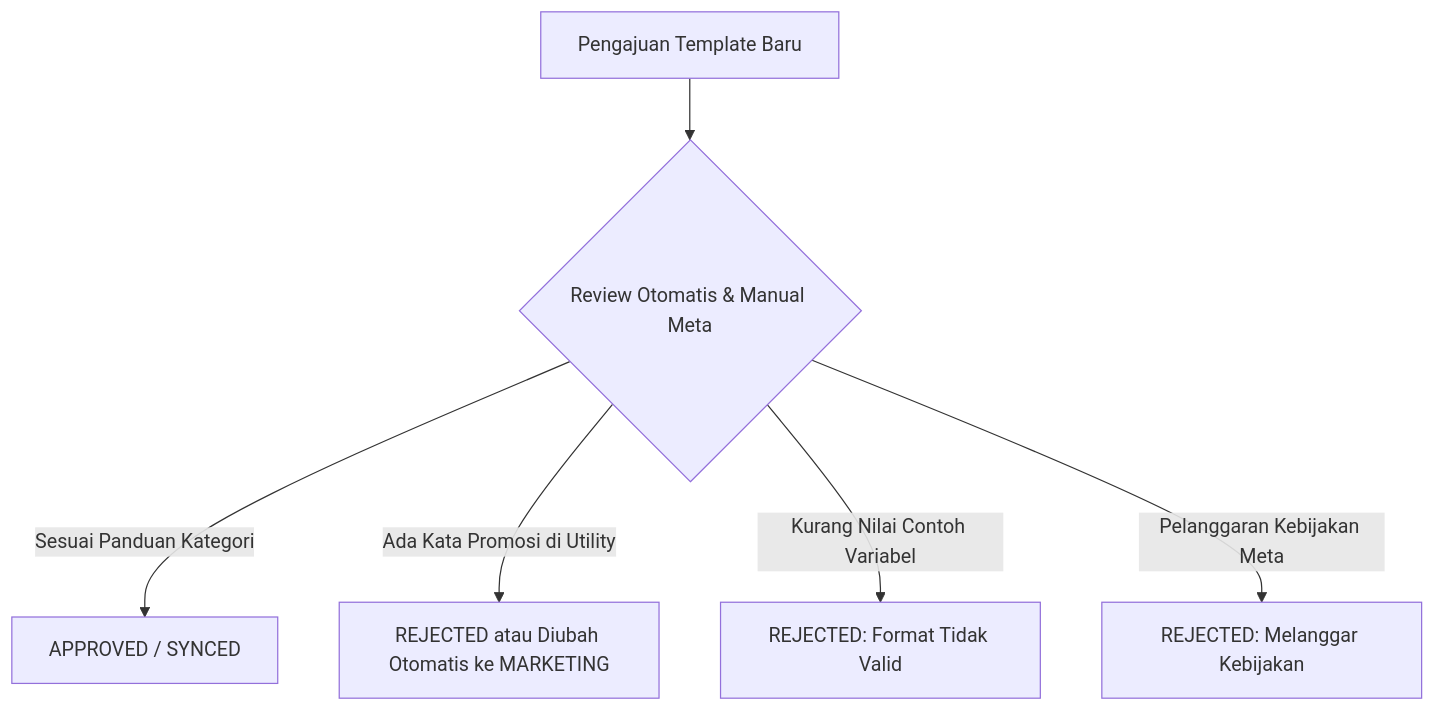
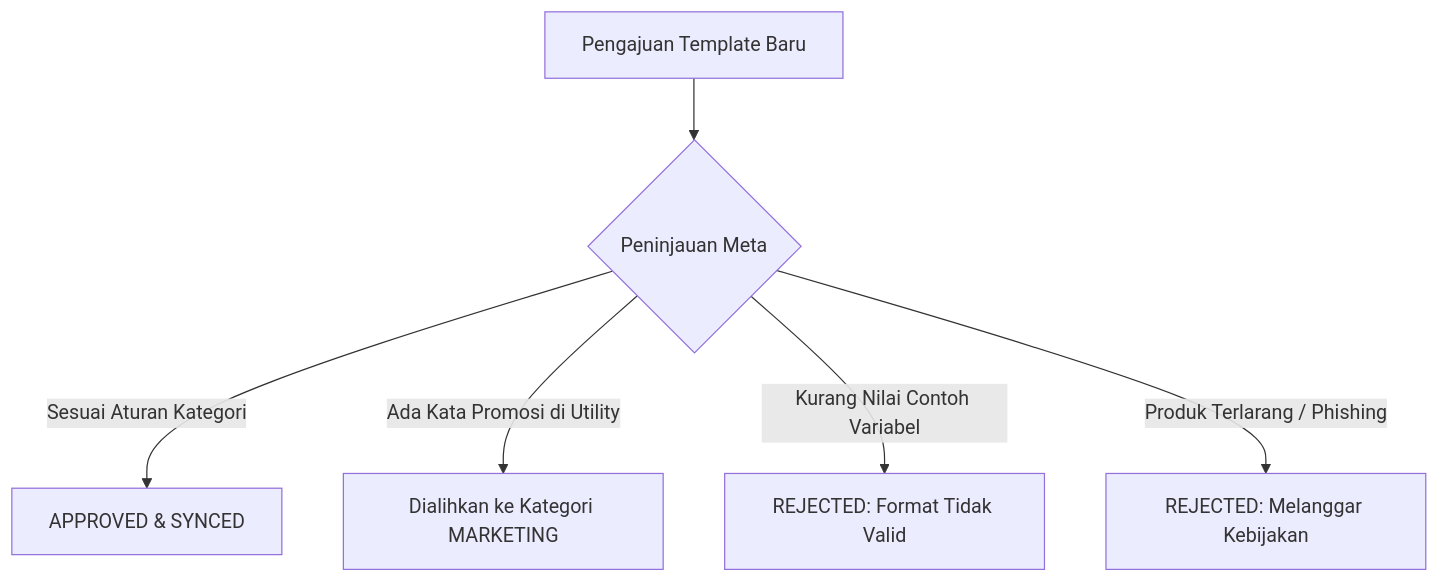
The diagram in content/knowledge-base/whatsapp/templates.id.md (JuniYadi/projects-green), drawn with Mermaid before and after one commit. The commit also changed other lines of this file and 14 other files, not shown here.

Commit message:
docs(whatsapp): simplify templates guide flow and streamline sidebar titles

````diff
--- a/content/knowledge-base/whatsapp/templates.id.md
+++ b/content/knowledge-base/whatsapp/templates.id.md
@@ -23,8 +102,8 @@
 ```mermaid
 graph TD
-    A[Pengajuan Template Baru] --> B{Review Otomatis & Manual Meta}
-    B -->|Sesuai Panduan Kategori| C[APPROVED / SYNCED]
-    B -->|Ada Kata Promosi di Utility| D[REJECTED atau Diubah Otomatis ke MARKETING]
+    A[Pengajuan Template Baru] --> B{Peninjauan Meta}
+    B -->|Sesuai Aturan Kategori| C[APPROVED & SYNCED]
+    B -->|Ada Kata Promosi di Utility| D[Dialihkan ke Kategori MARKETING]
     B -->|Kurang Nilai Contoh Variabel| E[REJECTED: Format Tidak Valid]
-    B -->|Pelanggaran Kebijakan Meta| F[REJECTED: Melanggar Kebijakan]
+    B -->|Produk Terlarang / Phishing| F[REJECTED: Melanggar Kebijakan]
 ```
````
